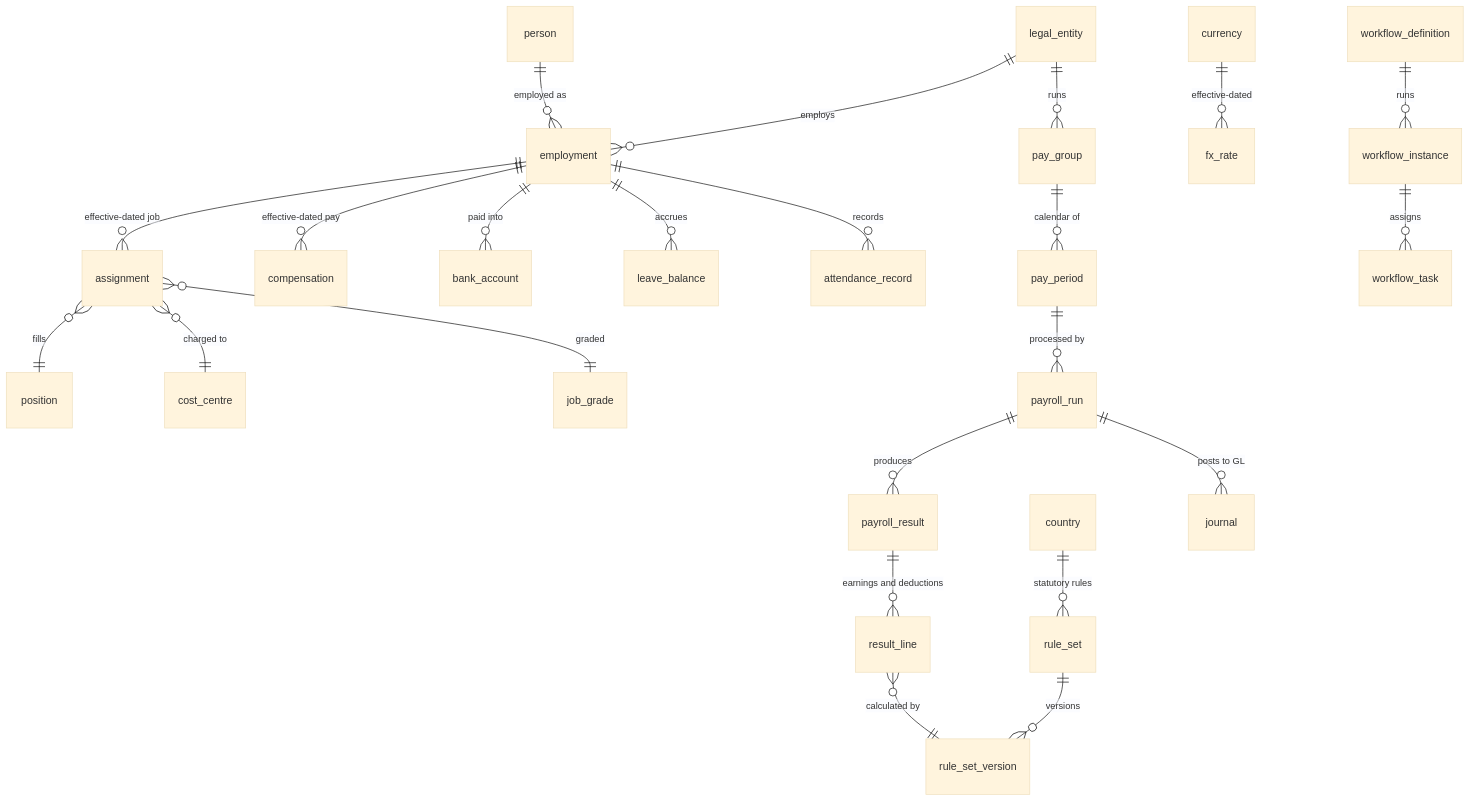
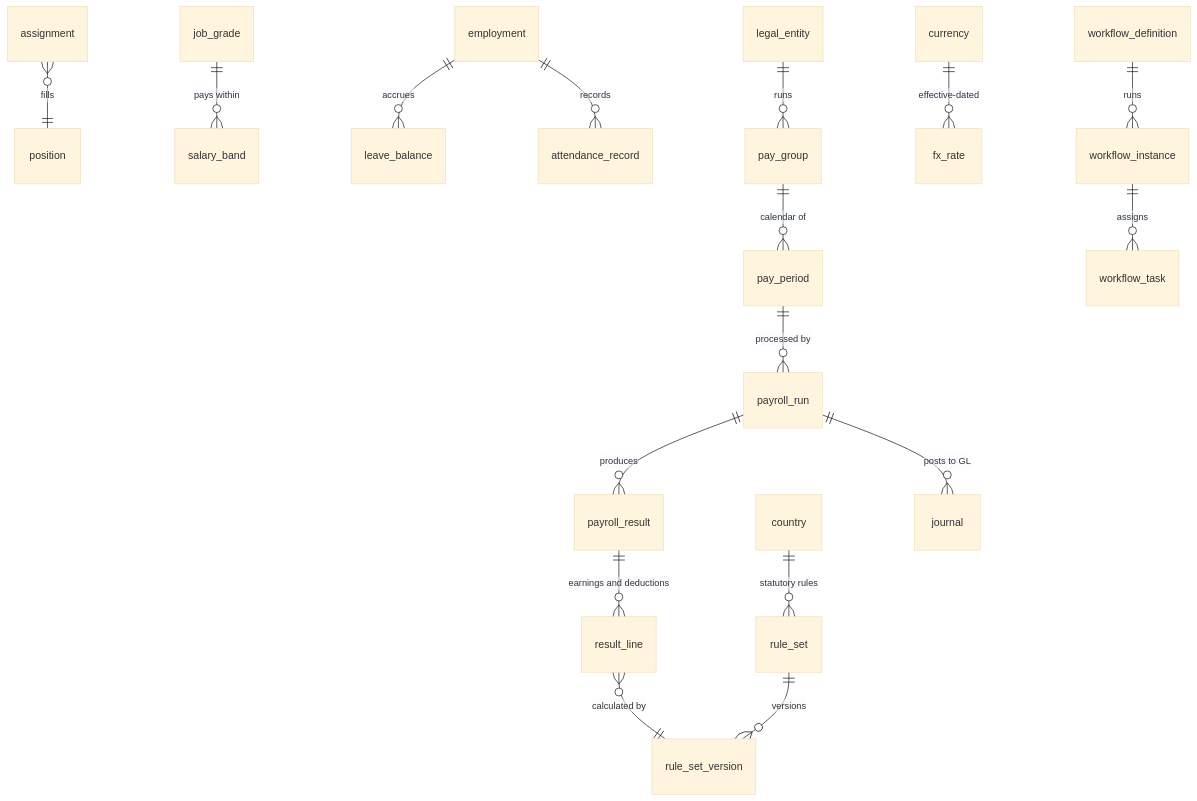
The second of 2 diagrams in docs/04-data-model.md (bhimdhami-crypto/Applications), drawn with Mermaid (base theme) before and after one commit. The commit also changed other lines of this file and 50 other files, not shown here.

````diff
--- a/docs/04-data-model.md
+++ b/docs/04-data-model.md
@@ -54,25 +81,19 @@
 ```mermaid
 erDiagram
-  person ||--o{ employment : "employed as"
-  legal_entity ||--o{ employment : employs
-  employment ||--o{ assignment : "effective-dated job"
   assignment }o--|| position : fills
-  assignment }o--|| cost_centre : "charged to"
-  assignment }o--|| job_grade : "graded"
-  employment ||--o{ compensation : "effective-dated pay"
-  employment ||--o{ bank_account : "paid into"
+  job_grade ||--o{ salary_band : "pays within"
   employment ||--o{ leave_balance : accrues
   employment ||--o{ attendance_record : records
   legal_entity ||--o{ pay_group : runs
   pay_group ||--o{ pay_period : "calendar of"
   pay_period ||--o{ payroll_run : "processed by"
   payroll_run ||--o{ payroll_result : produces
   payroll_result ||--o{ result_line : "earnings and deductions"
   result_line }o--|| rule_set_version : "calculated by"
   country ||--o{ rule_set : "statutory rules"
   rule_set ||--o{ rule_set_version : versions
   payroll_run ||--o{ journal : "posts to GL"
   currency ||--o{ fx_rate : "effective-dated"
   workflow_definition ||--o{ workflow_instance : runs
   workflow_instance ||--o{ workflow_task : assigns
 ```
````
